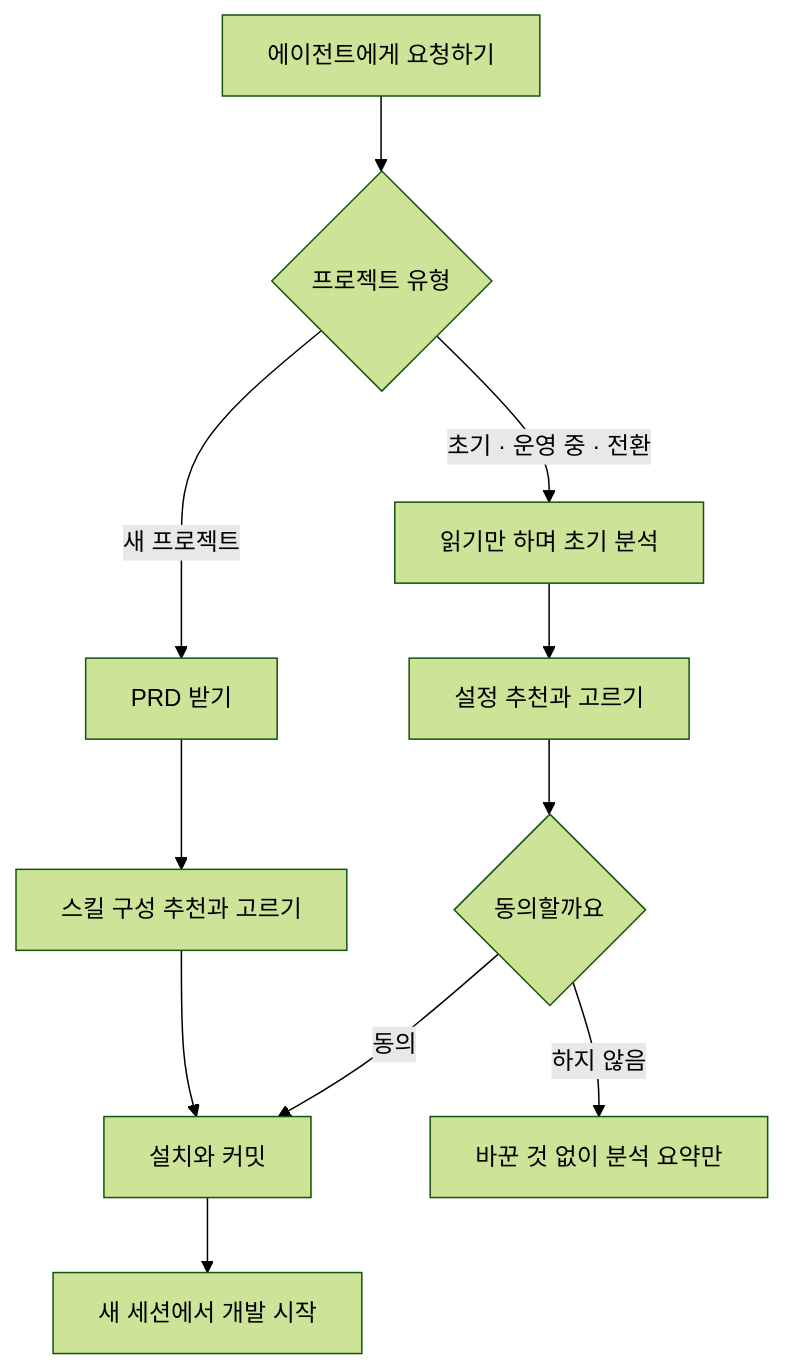
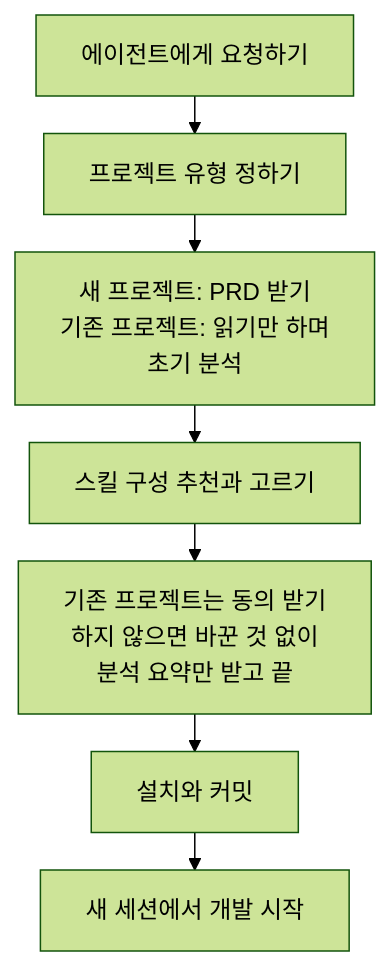
One commit to roadkwon-ai/pro-kit changed the first of 2 diagrams in handbook/start/what-is-prokit.md. Above: the diagram before and after it, drawn with Mermaid (forest theme). The commit also changed 26 other files, not shown here.

````diff
--- a/handbook/start/what-is-prokit.md
+++ b/handbook/start/what-is-prokit.md
@@ -114,13 +114,15 @@
 ```mermaid
+---
+config:
+  flowchart:
+    wrappingWidth: 220
+    rankSpacing: 25
+---
 flowchart TD
-  S[에이전트에게 요청하기] --> T{프로젝트 유형}
-  T -->|새 프로젝트| N[PRD 받기]
-  N --> C1[스킬 구성 추천과 고르기]
-  C1 --> I[설치와 커밋]
-  T -->|초기 · 운영 중 · 전환| A[읽기만 하며 초기 분석]
-  A --> C2[설정 추천과 고르기]
-  C2 --> G{동의할까요}
-  G -->|동의| I
-  G -->|하지 않음| X[바꾼 것 없이 분석 요약만]
+  S[에이전트에게 요청하기] --> T[프로젝트 유형 정하기]
+  T --> C1["새 프로젝트: PRD 받기<br/>기존 프로젝트: 읽기만 하며<br/>초기 분석"]
+  C1 --> C2[스킬 구성 추천과 고르기]
+  C2 --> G["기존 프로젝트는 동의 받기<br/>하지 않으면 바꾼 것 없이<br/>분석 요약만 받고 끝"]
+  G --> I[설치와 커밋]
   I --> W[새 세션에서 개발 시작]
 ```
````
